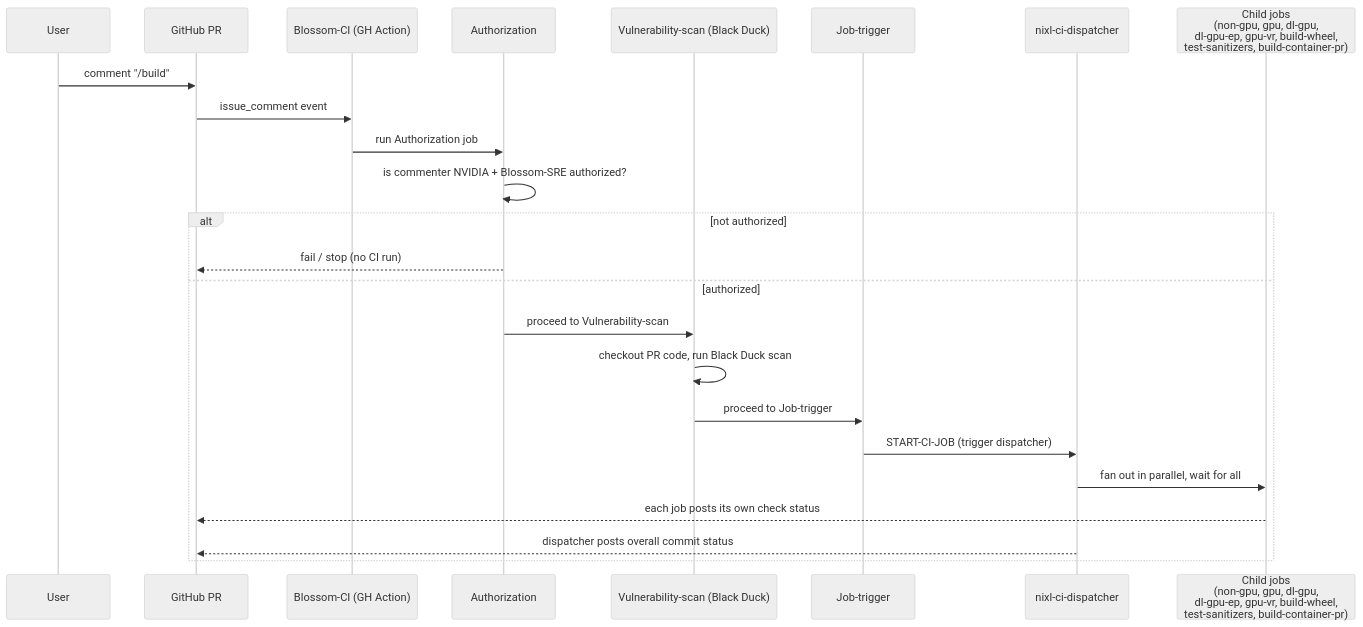
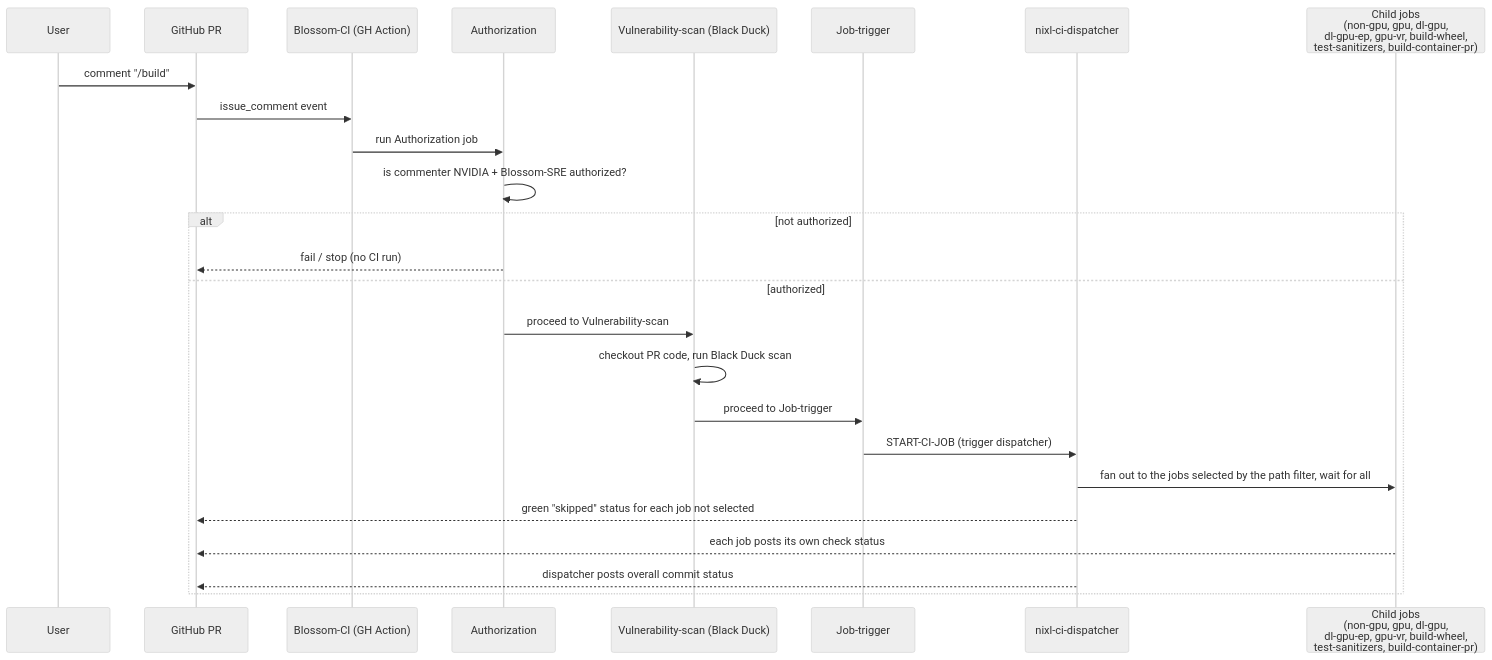
One commit to ai-dynamo/nixl changed the diagram in .ci/docs/ci-overview.md. Above: the diagram before and after it, drawn with Mermaid (neutral theme). The commit also changed other lines of this file and 1 other file, not shown here.

Commit message:
ci: dispatch only the leaf jobs a PR's changed paths select

````diff
--- a/.ci/docs/ci-overview.md
+++ b/.ci/docs/ci-overview.md
@@ -96,27 +96,28 @@
 ```mermaid
 sequenceDiagram
     participant User
     participant GH as GitHub PR
     participant Blossom as Blossom-CI (GH Action)
     participant Auth as Authorization
     participant Scan as Vulnerability-scan (Black Duck)
     participant Trigger as Job-trigger
     participant Jenkins as nixl-ci-dispatcher
     participant Children as Child jobs<br/>(non-gpu, gpu, dl-gpu,<br/>dl-gpu-ep, gpu-vr, build-wheel,<br/>test-sanitizers, build-container-pr)
 
     User->>GH: comment "/build"
     GH->>Blossom: issue_comment event
     Blossom->>Auth: run Authorization job
     Auth->>Auth: is commenter NVIDIA + Blossom-SRE authorized?
     alt not authorized
         Auth-->>GH: fail / stop (no CI run)
     else authorized
         Auth->>Scan: proceed to Vulnerability-scan
         Scan->>Scan: checkout PR code, run Black Duck scan
         Scan->>Trigger: proceed to Job-trigger
         Trigger->>Jenkins: START-CI-JOB (trigger dispatcher)
-        Jenkins->>Children: fan out in parallel, wait for all
+        Jenkins->>Children: fan out to the jobs selected by the path filter, wait for all
+        Jenkins-->>GH: green "skipped" status for each job not selected
         Children-->>GH: each job posts its own check status
         Jenkins-->>GH: dispatcher posts overall commit status
     end
 ```
````
